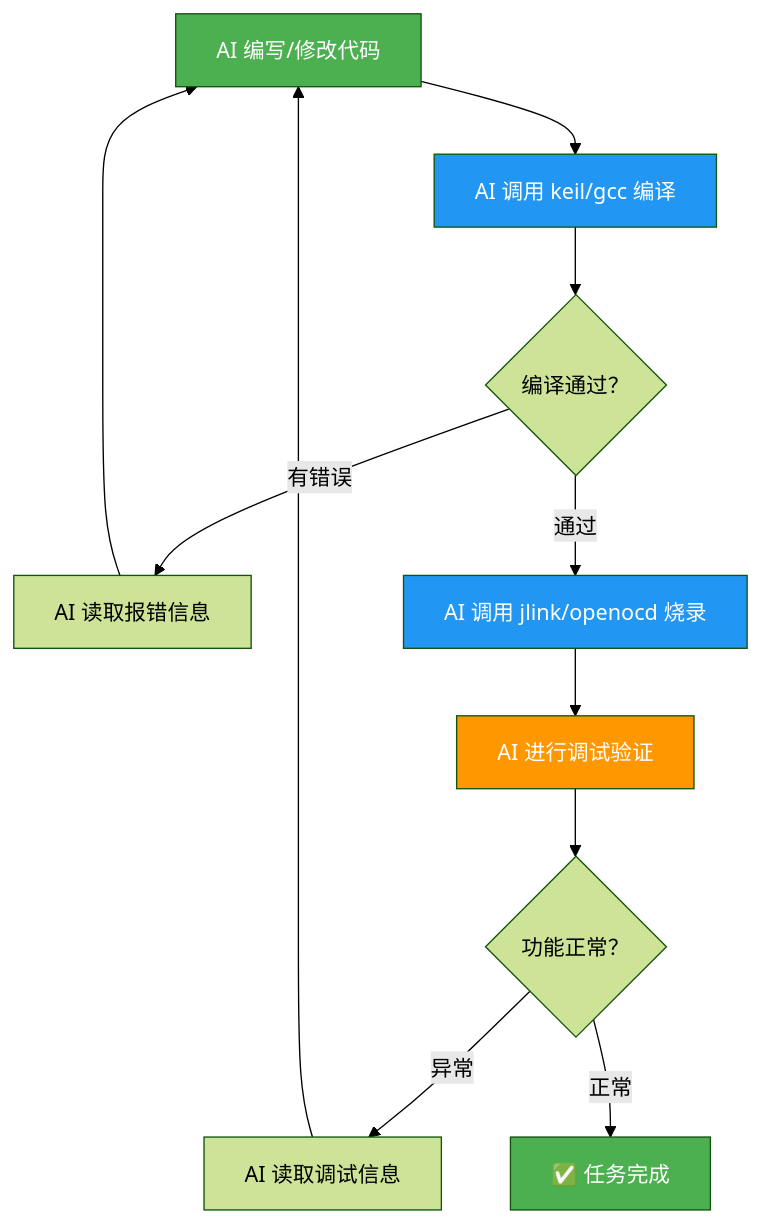
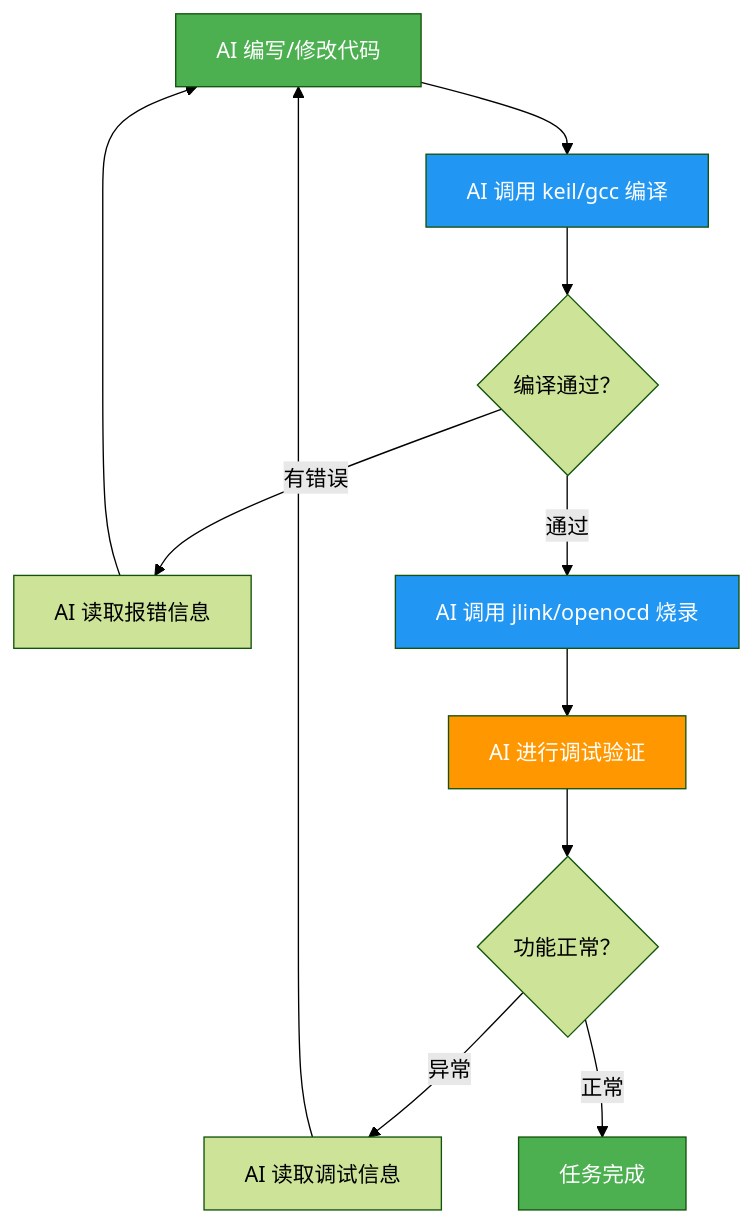
The diagram in README.md (zhinkgit/embeddedskills), drawn with Mermaid (forest theme) before and after one commit. The commit also changed other lines of this file, not shown here.

````diff
--- a/README.md
+++ b/README.md
@@ -62,19 +15,19 @@
 ```mermaid
 flowchart TD
     A[AI 编写/修改代码] --> B[AI 调用 keil/gcc 编译]
     B --> C{编译通过？}
     C -->|有错误| D[AI 读取报错信息]
     D --> A
     C -->|通过| E[AI 调用 jlink/openocd 烧录]
     E --> F[AI 进行调试验证]
     F --> G{功能正常？}
     G -->|异常| H[AI 读取调试信息]
     H --> A
-    G -->|正常| I[✅ 任务完成]
+    G -->|正常| I[任务完成]
 
     style A fill:#4CAF50,color:#fff
     style B fill:#2196F3,color:#fff
     style E fill:#2196F3,color:#fff
     style F fill:#FF9800,color:#fff
     style I fill:#4CAF50,color:#fff
 ```
````
